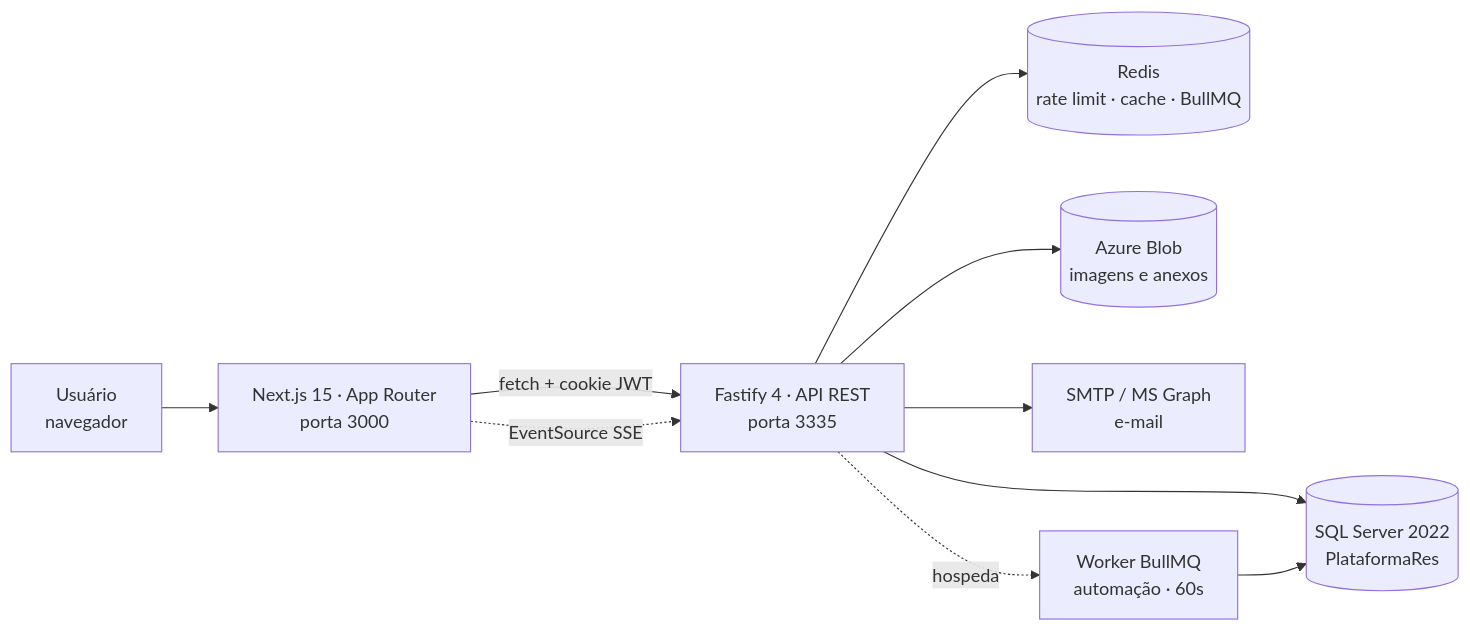
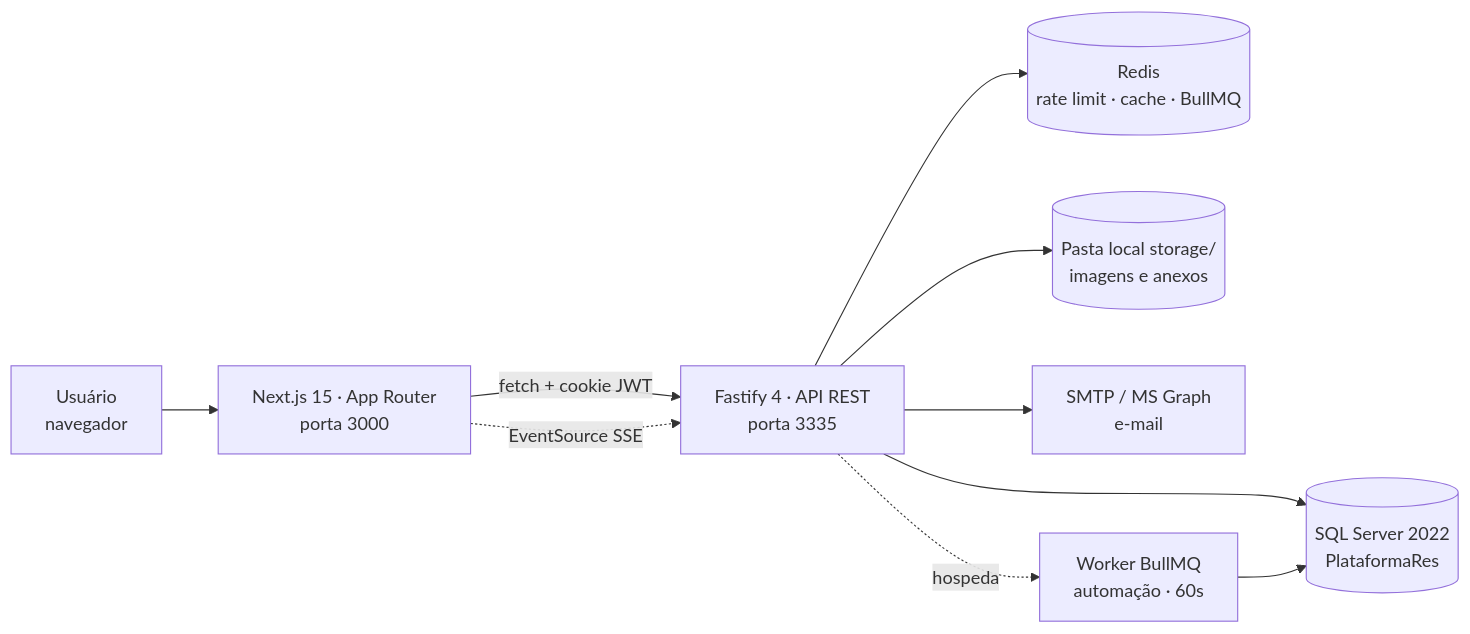
One commit to CaioM0RAES762/reserva_plataforma changed the first of 2 diagrams in docs/03-arquitetura-do-sistema.md. Above: the diagram before and after it, drawn with Mermaid. The commit also changed other lines of this file and 69 other files, not shown here.

````diff
--- a/docs/03-arquitetura-do-sistema.md
+++ b/docs/03-arquitetura-do-sistema.md
@@ -14,21 +14,21 @@
 ```mermaid
 flowchart LR
     U["Usuário<br/>navegador"]
     F["Next.js 15 · App Router<br/>porta 3000"]
     A["Fastify 4 · API REST<br/>porta 3335"]
     D[("SQL Server 2022<br/>PlataformaRes")]
     R[("Redis<br/>rate limit · cache · BullMQ")]
-    B[("Azure Blob<br/>imagens e anexos")]
+    B[("Pasta local storage/<br/>imagens e anexos")]
     E["SMTP / MS Graph<br/>e-mail"]
     W["Worker BullMQ<br/>automação · 60s"]
 
     U --> F
     F -->|fetch + cookie JWT| A
     F -.->|EventSource SSE| A
     A --> D
     A --> R
     A --> B
     A --> E
     W --> D
     A -.->|hospeda| W
 ```
````
